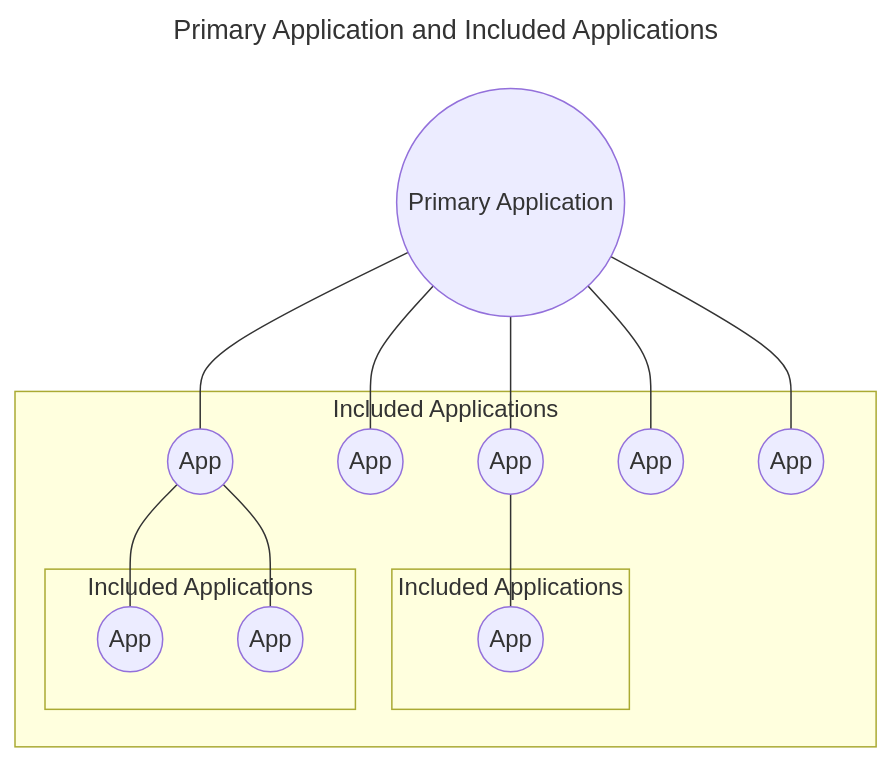
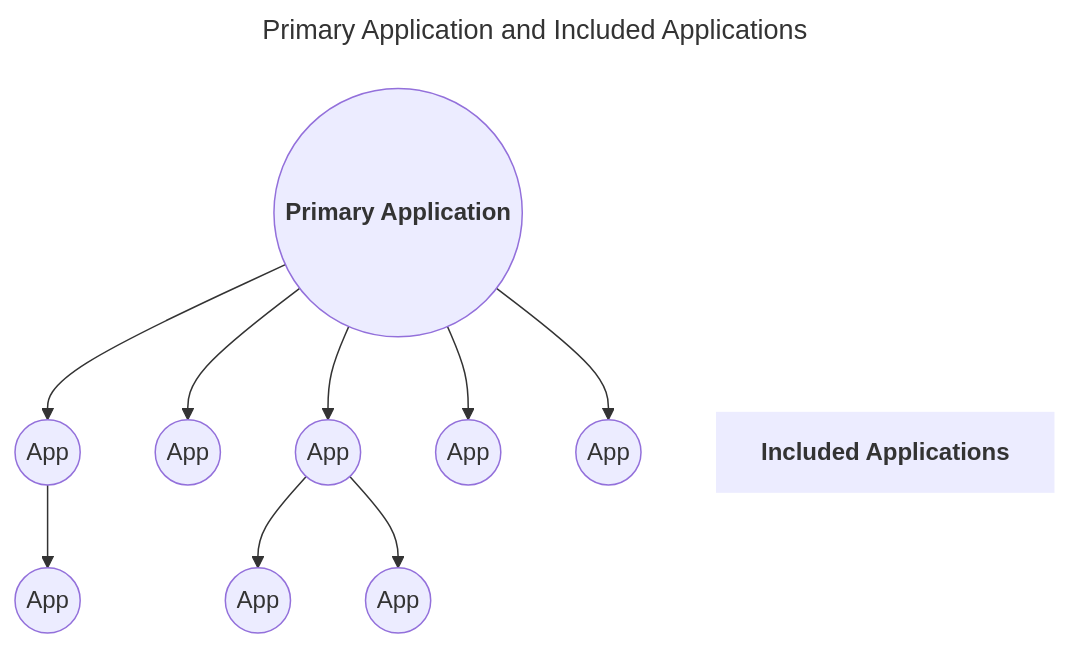
One commit to erlang/otp changed the diagram in system/doc/design_principles/included_applications.md. Above: the diagram before and after it, drawn with Mermaid. The commit also changed 8 other files, not shown here.

````diff
--- a/system/doc/design_principles/included_applications.md
+++ b/system/doc/design_principles/included_applications.md
@@ -41,32 +41,44 @@
 ```mermaid
 ---
 title: Primary Application and Included Applications
 ---
+%% Note: bold Markdown text is used to highlight the two main keywords
+
 flowchart TD
-    prim_app((Primary Application))
+    %% row 1
+    prim_app(("`**Primary Application**`"))
 
-    subgraph Included Applications
-        app1((App))
-        app2((App))
-        app3((App))
-        app4((App))
-        app5((App))
+    %% row 2
+    app1((App))
+    app2((App))
+    app3((App))
+    app4((App))
+    app5((App))
+    %% make a node that acts as a label
+    label["`**Included Applications**`"]
 
-        subgraph Included Applications
-            app11((App))
-        end
-        subgraph Included Applications
-            app31((App))
-            app32((App))
-        end
-    end
+    %% row 3
+    app11((App))
+    app31((App))
+    app32((App))
 
-    prim_app --- app1 --- app11
-    prim_app --- app2
-    prim_app --- app3
-    prim_app --- app4
-    prim_app --- app5
+    %% rows are filled in order ("app1 ... app5, label" and so on)
+    prim_app --> app1 --> app11
+    prim_app --> app2
+    prim_app --> app3
+    prim_app --> app4
+    prim_app --> app5
 
-    app3 --- app31
-    app3 --- app32
+    %% use an invisible edge, this ensures that `label` is part of
+    %% the diagram layout, i.e. that it gets placed on the row below prim_app,
+    %% but still looks unconnected
+    prim_app ~~~ label
+
+    app3 --> app31
+    app3 --> app32
+
+    %% Style `label` - remove outline to make it less box/node like.
+    %% The fill color is kept, as `label` will otherwise (visually) look like it's
+    %% far away from the "apps" nodes in row 2.
+    style label stroke-width:0px
 ```
````
